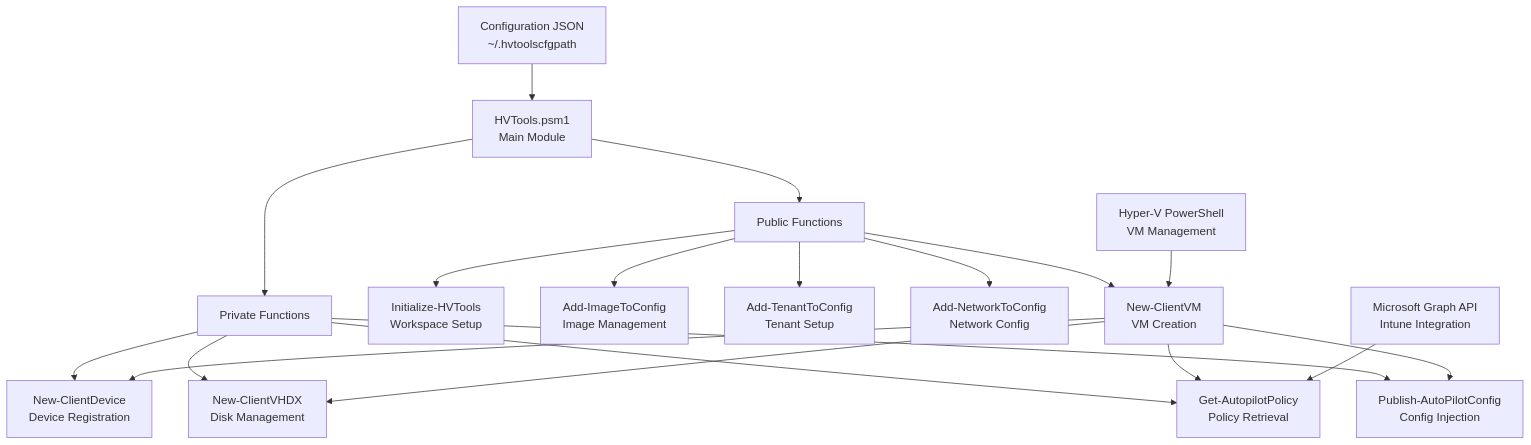
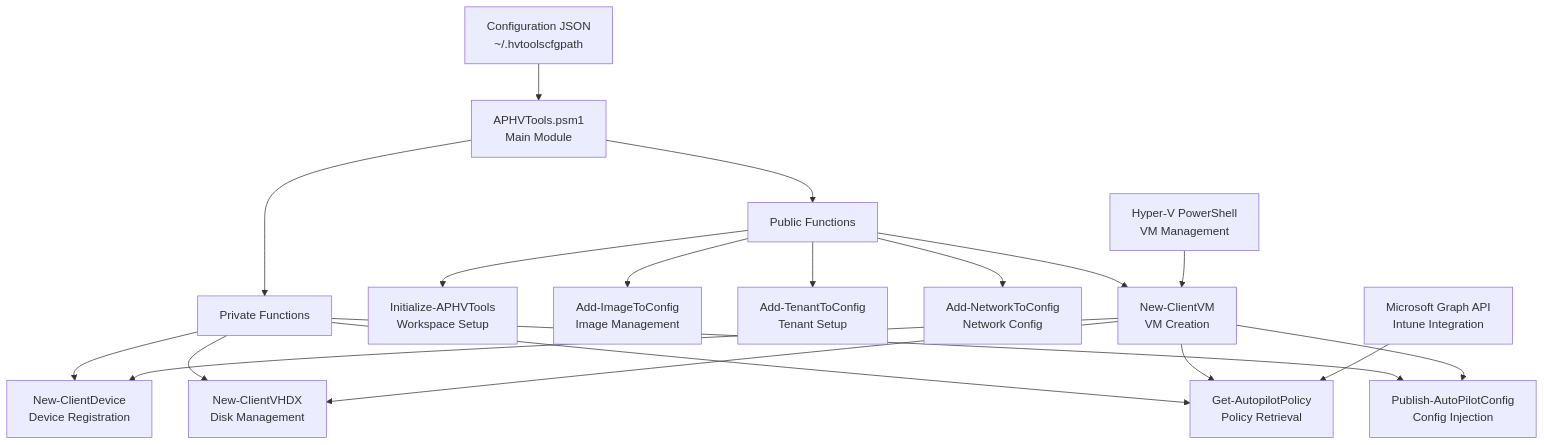
The first of 4 diagrams in README.md (adamgell/APHVTools), drawn with Mermaid before and after one commit. The commit also changed other lines of this file and 7 other files, not shown here.

````diff
--- a/README.md
+++ b/README.md
@@ -22,25 +22,25 @@
 ```mermaid
 graph TB
-    A[HVTools.psm1<br/>Main Module] --> B[Public Functions]
+    A[APHVTools.psm1<br/>Main Module] --> B[Public Functions]
     A --> C[Private Functions]
-    
-    B --> D[Initialize-HVTools<br/>Workspace Setup]
+
+    B --> D[Initialize-APHVTools<br/>Workspace Setup]
     B --> E[Add-ImageToConfig<br/>Image Management]
     B --> F[Add-TenantToConfig<br/>Tenant Setup]
     B --> G[Add-NetworkToConfig<br/>Network Config]
     B --> H[New-ClientVM<br/>VM Creation]
-    
+
     C --> I[New-ClientDevice<br/>Device Registration]
     C --> J[New-ClientVHDX<br/>Disk Management]
     C --> K[Get-AutopilotPolicy<br/>Policy Retrieval]
     C --> L[Publish-AutoPilotConfig<br/>Config Injection]
-    
+
     H --> I
     H --> J
     H --> K
     H --> L
-    
+
     M[Configuration JSON<br/>~/.hvtoolscfgpath] --> A
     N[Microsoft Graph API<br/>Intune Integration] --> K
     O[Hyper-V PowerShell<br/>VM Management] --> H
 ```
````
